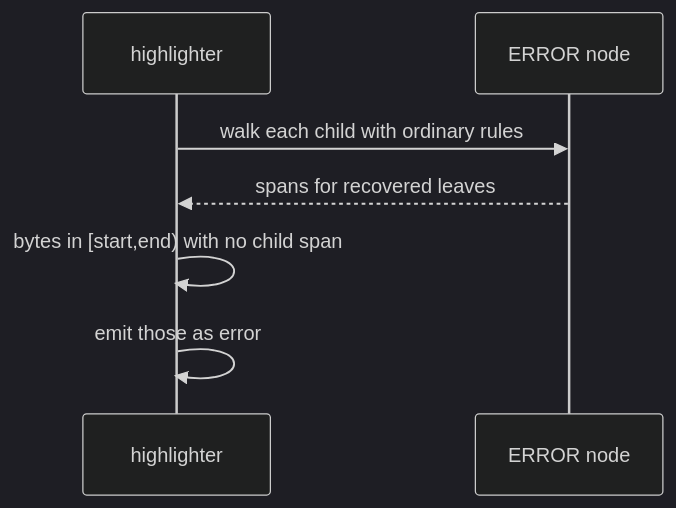
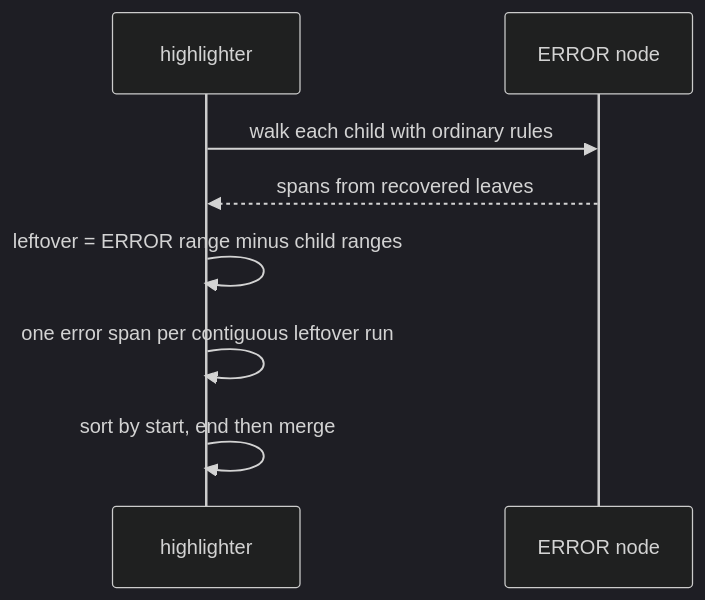
The second of 3 diagrams in docs/highlight-design.md (dbalmain/edit-tools), drawn with Mermaid (dark theme) before and after one commit. The commit also changed other lines of this file, not shown here.

````diff
--- a/docs/highlight-design.md
+++ b/docs/highlight-design.md
@@ -671,9 +778,10 @@
 ```mermaid
 sequenceDiagram
   participant H as highlighter
   participant T as ERROR node
   H->>T: walk each child with ordinary rules
-  T-->>H: spans for recovered leaves
-  H->>H: bytes in [start,end) with no child span
-  H->>H: emit those as error
+  T-->>H: spans from recovered leaves
+  H->>H: leftover = ERROR range minus child ranges
+  H->>H: one error span per contiguous leftover run
+  H->>H: sort by start, end then merge
 ```
````
